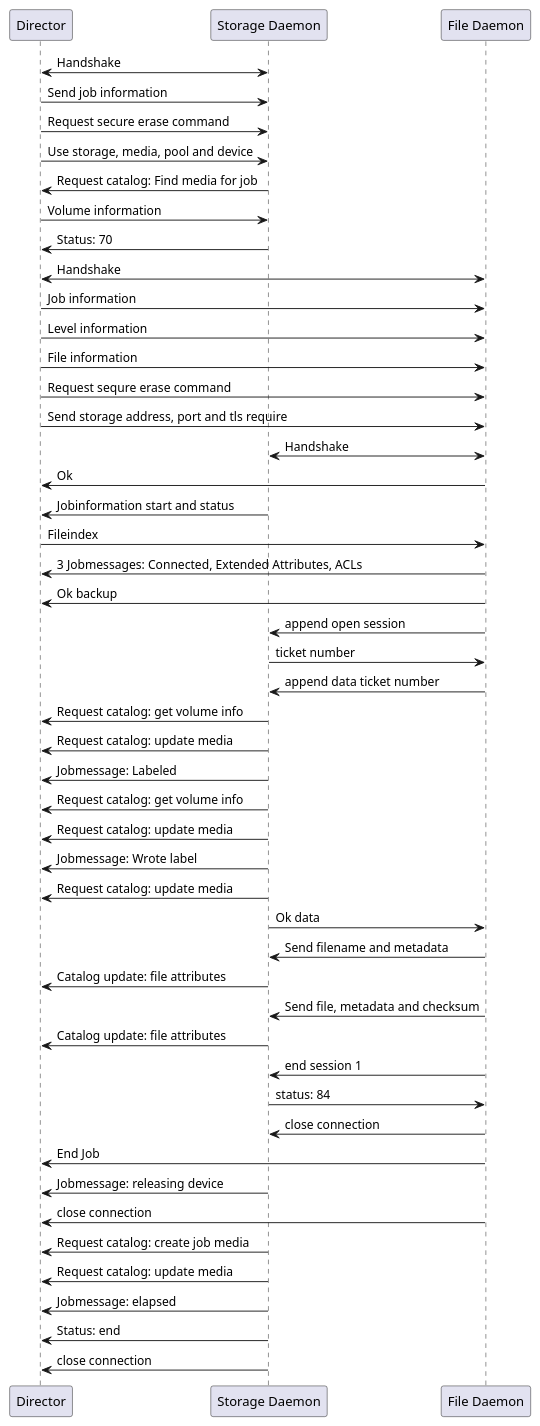
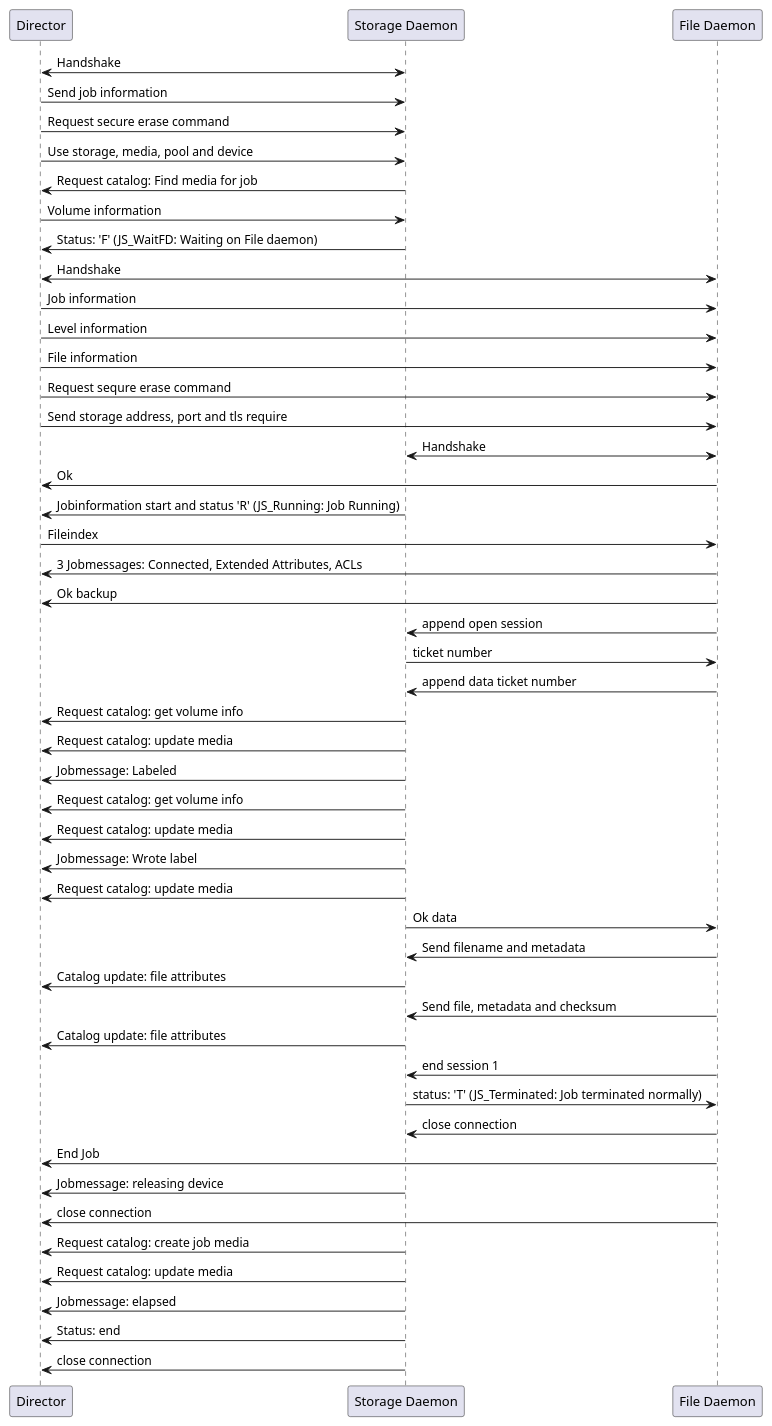
The diagram in docs/manuals/source/DeveloperGuide/netprotocol/backup_of_one_file_comprehensive.puml (bareos/bareos), drawn with PlantUML before and after one commit.

Commit message:
docs: translated the job status into human readable text

```diff
--- a/docs/manuals/source/DeveloperGuide/netprotocol/backup_of_one_file_comprehensive.puml
+++ b/docs/manuals/source/DeveloperGuide/netprotocol/backup_of_one_file_comprehensive.puml
@@ -4,62 +4,62 @@
   @startuml
 
   participant d as "Director"
   participant s as "Storage Daemon"
   participant c as "File Daemon"
 
   d <-> s: Handshake
   d  -> s: Send job information
   d  -> s: Request secure erase command
   d  -> s: Use storage, media, pool and device
   d <-  s: Request catalog: Find media for job
   d  -> s: Volume information
-  d <-  s: Status: 70
+  d <-  s: Status: 'F' (JS_WaitFD: Waiting on File daemon)
 
   d <-> c: Handshake
   d  -> c: Job information
   d  -> c: Level information
   d  -> c: File information
   d  -> c: Request sequre erase command
   d  -> c: Send storage address, port and tls require
 
   c <-> s: Handshake
   d <-  c: Ok
-  d <-  s: Jobinformation start and status
+  d <-  s: Jobinformation start and status 'R' (JS_Running: Job Running)
   d  -> c: Fileindex
   d <-  c: 3 Jobmessages: Connected, Extended Attributes, ACLs
   d <-  c: Ok backup
 
   c  -> s: append open session
   c <-  s: ticket number
   c  -> s: append data ticket number
 
   d <-  s: Request catalog: get volume info
   d <-  s: Request catalog: update media
   d <-  s: Jobmessage: Labeled
   d <-  s: Request catalog: get volume info
   d <-  s: Request catalog: update media
   d <-  s: Jobmessage: Wrote label
   d <-  s: Request catalog: update media
 
   c <-  s: Ok data
   c  -> s: Send filename and metadata
 
   d <-  s: Catalog update: file attributes
   c  -> s: Send file, metadata and checksum
   d <-  s: Catalog update: file attributes
 
   c  -> s: end session 1
-  c <-  s: status: 84
+  c <-  s: status: 'T' (JS_Terminated: Job terminated normally)
   c  -> s: close connection
 
   d <-  c: End Job
   d <-  s: Jobmessage: releasing device
   d <-  c: close connection
   d <-  s: Request catalog: create job media
   d <-  s: Request catalog: update media
   d <-  s: Jobmessage: elapsed
   d <-  s: Status: end
 
   d <-  s: close connection
 
   @enduml
```
